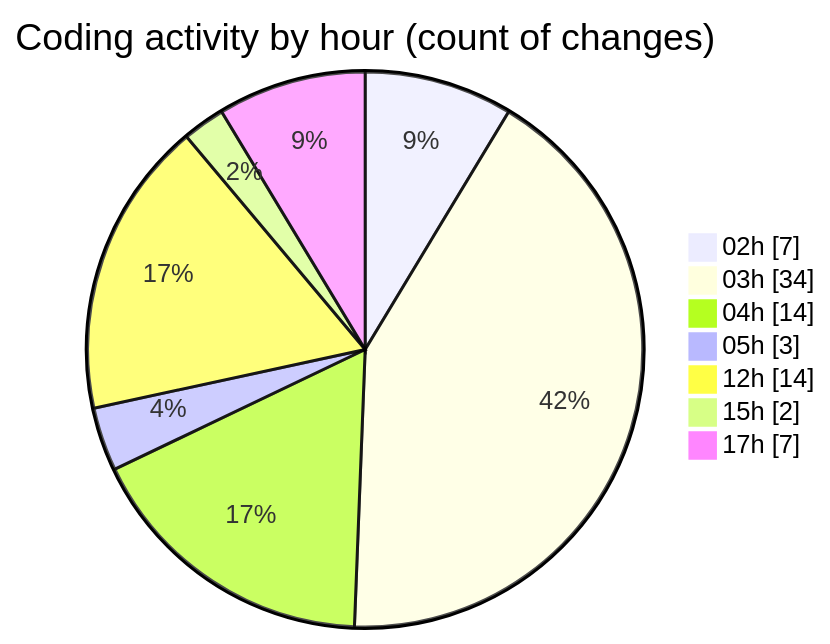
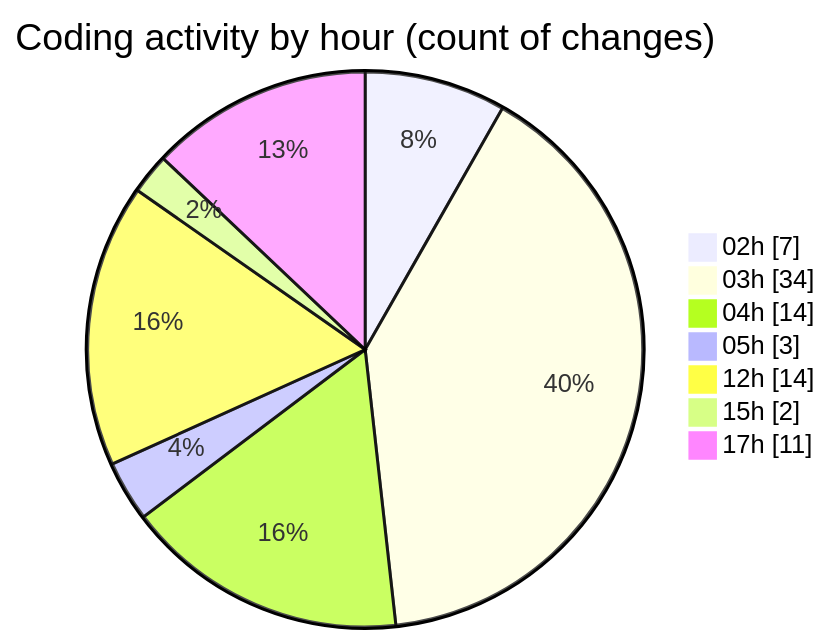
One commit to JenPaints/code-tracking changed the second of 2 diagrams in 2025-05-29/kimberly-groups/README.md. Above: the diagram before and after it, drawn with Mermaid. The commit also changed other lines of this file and 1 other file, not shown here.

````diff
--- a/2025-05-29/kimberly-groups/README.md
+++ b/2025-05-29/kimberly-groups/README.md
@@ -37,11 +37,11 @@
 ```mermaid
 pie showData
 title Coding activity by hour (count of changes)
 "02h" : 7
 "03h" : 34
 "04h" : 14
 "05h" : 3
 "12h" : 14
 "15h" : 2
-"17h" : 7
+"17h" : 11
 ```
````
